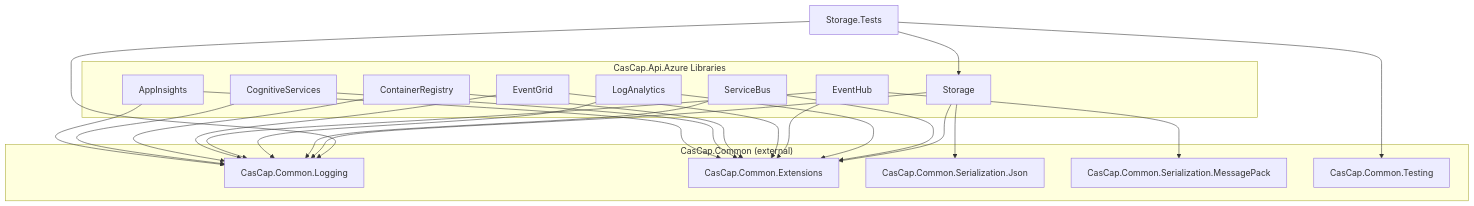
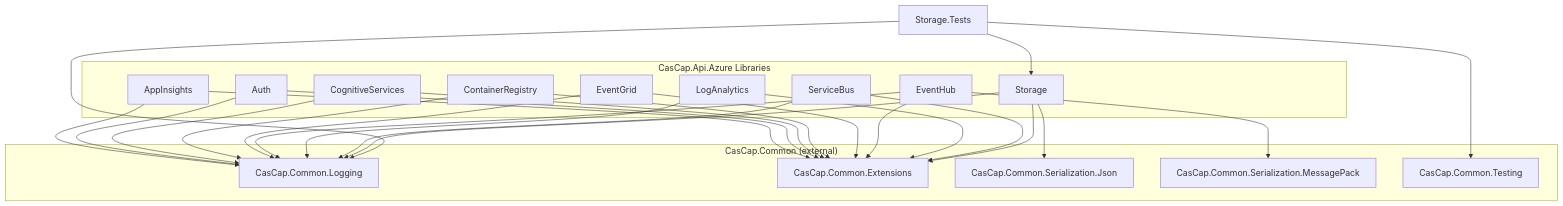
One commit to f2calv/CasCap.Api.Azure changed the first of 3 diagrams in README.md. Above: the diagram before and after it, drawn with Mermaid. The commit also changed other lines of this file and 1 other file, not shown here.

````diff
--- a/README.md
+++ b/README.md
@@ -58,53 +62,57 @@
 ```mermaid
 graph TD
     subgraph "CasCap.Common (external)"
         Logging["CasCap.Common.Logging"]
         Ext["CasCap.Common.Extensions"]
         SerJson["CasCap.Common.Serialization.Json"]
         SerMsgPack["CasCap.Common.Serialization.MessagePack"]
         Testing["CasCap.Common.Testing"]
     end
 
     subgraph "CasCap.Api.Azure Libraries"
         AI["AppInsights"]
+        AU["Auth"]
         CS["CognitiveServices"]
         CR["ContainerRegistry"]
         EG["EventGrid"]
         EH["EventHub"]
         LA["LogAnalytics"]
         SB["ServiceBus"]
         ST["Storage"]
     end
 
     Tests["Storage.Tests"]
 
     AI --> Logging
     AI --> Ext
+
+    AU --> Logging
+    AU --> Ext
 
     CS --> Logging
     CS --> Ext
 
     CR --> Logging
     CR --> Ext
 
     EG --> Logging
     EG --> Ext
 
     EH --> Logging
     EH --> Ext
     EH --> SerMsgPack
 
     LA --> Logging
     LA --> Ext
 
     SB --> Logging
     SB --> Ext
 
     ST --> Logging
     ST --> Ext
     ST --> SerJson
 
     Tests --> ST
     Tests --> Logging
     Tests --> Testing
 ```
````
